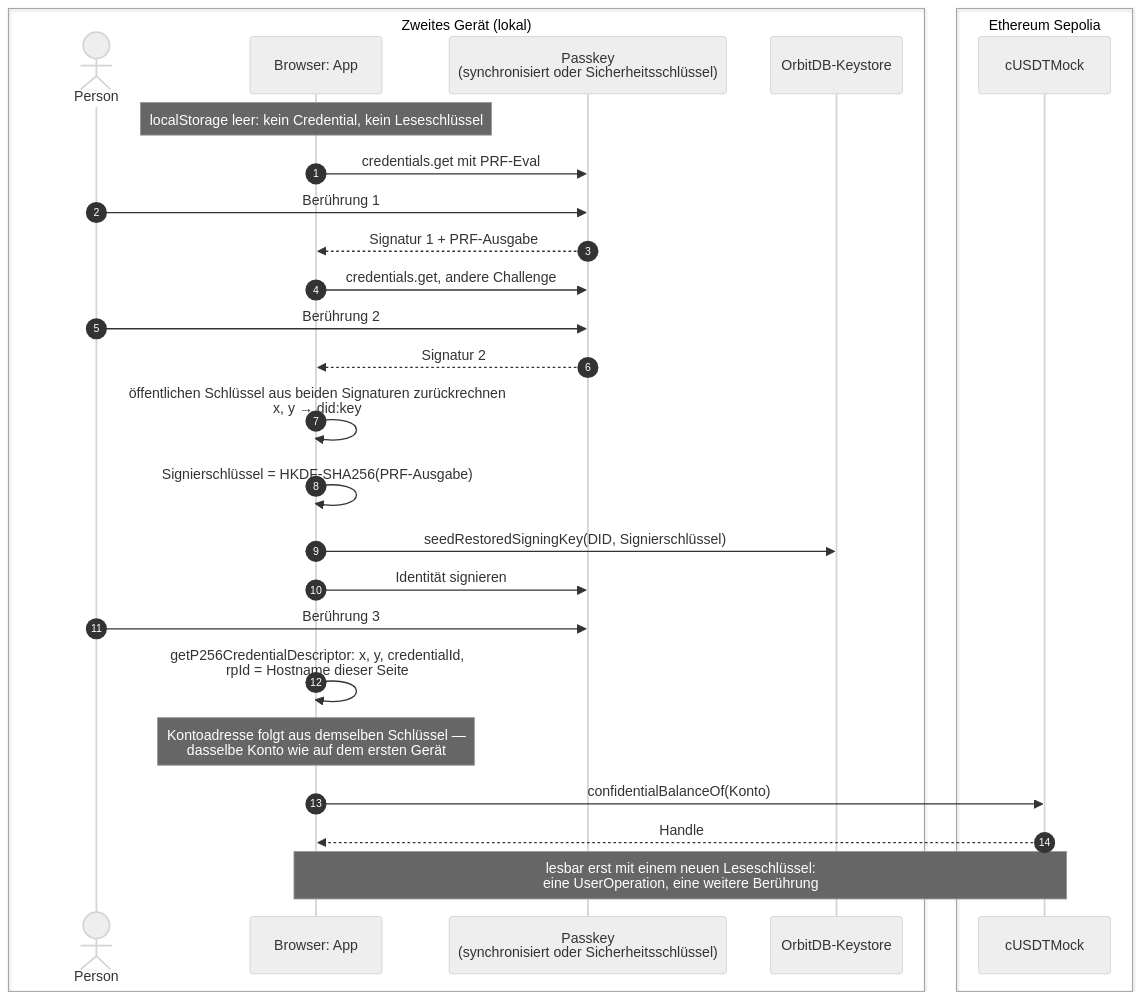
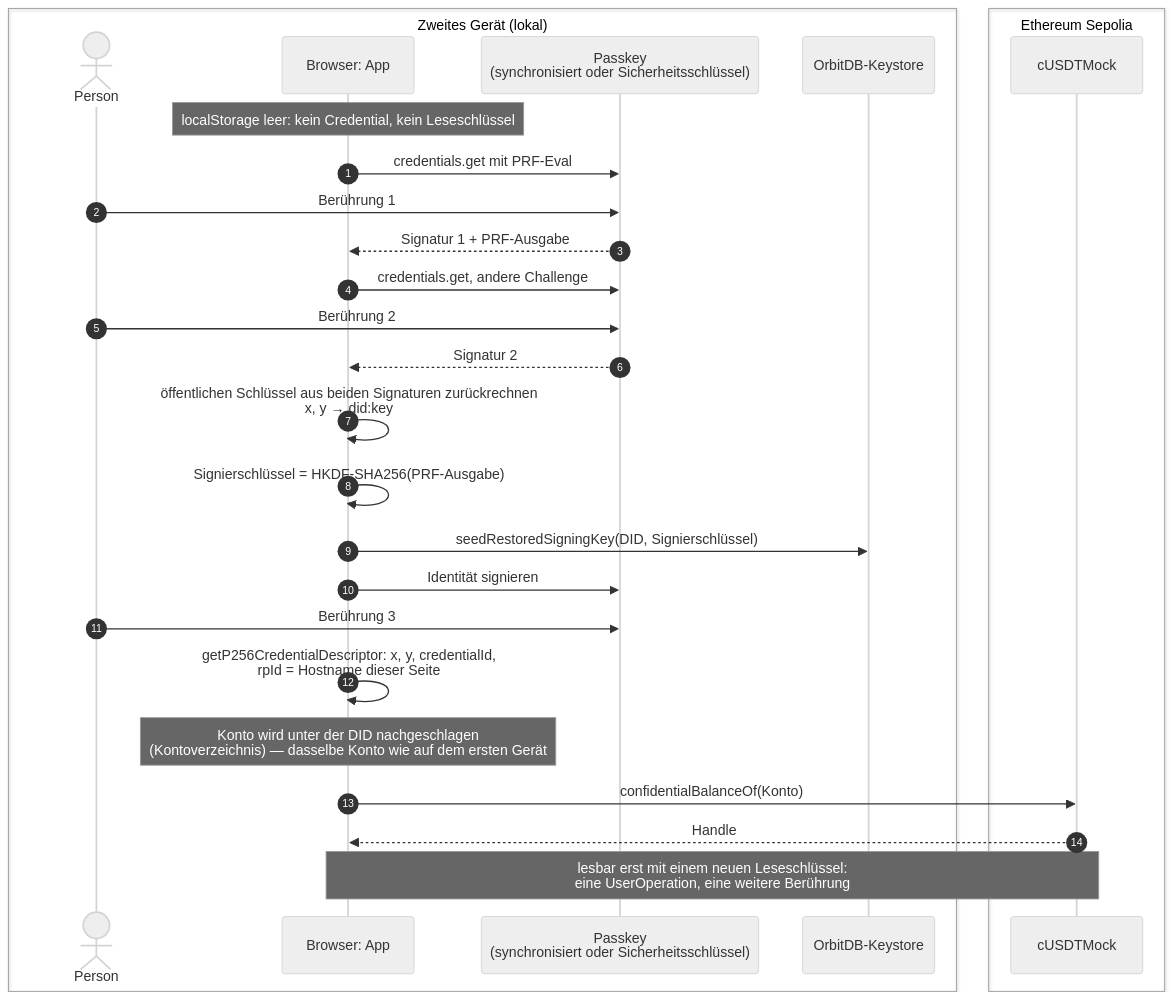
One commit to Le-Space/simple-todo changed the third of 7 diagrams in apps/escrow01/docs/passkey-account.de.md. Above: the diagram before and after it, drawn with Mermaid (neutral theme). The commit also changed other lines of this file and 27 other files, not shown here.

````diff
--- a/apps/escrow01/docs/passkey-account.de.md
+++ b/apps/escrow01/docs/passkey-account.de.md
@@ -367,31 +374,31 @@
 ```mermaid
 sequenceDiagram
   autonumber
   box transparent Zweites Gerät (lokal)
     actor P as Person
     participant App as Browser: App
     participant PK as Passkey<br/>(synchronisiert oder Sicherheitsschlüssel)
     participant KS as OrbitDB-Keystore
   end
   box transparent Ethereum Sepolia
     participant TOK as cUSDTMock
   end
 
   Note over App: localStorage leer: kein Credential, kein Leseschlüssel
   App->>PK: credentials.get mit PRF-Eval
   P->>PK: Berührung 1
   PK-->>App: Signatur 1 + PRF-Ausgabe
   App->>PK: credentials.get, andere Challenge
   P->>PK: Berührung 2
   PK-->>App: Signatur 2
   App->>App: öffentlichen Schlüssel aus beiden Signaturen zurückrechnen<br/>x, y → did:key
   App->>App: Signierschlüssel = HKDF-SHA256(PRF-Ausgabe)
   App->>KS: seedRestoredSigningKey(DID, Signierschlüssel)
   App->>PK: Identität signieren
   P->>PK: Berührung 3
   App->>App: getP256CredentialDescriptor: x, y, credentialId,<br/>rpId = Hostname dieser Seite
-  Note over App: Kontoadresse folgt aus demselben Schlüssel —<br/>dasselbe Konto wie auf dem ersten Gerät
+  Note over App: Konto wird unter der DID nachgeschlagen<br/>(Kontoverzeichnis) — dasselbe Konto wie auf dem ersten Gerät
   App->>TOK: confidentialBalanceOf(Konto)
   TOK-->>App: Handle
   Note over App,TOK: lesbar erst mit einem neuen Leseschlüssel:<br/>eine UserOperation, eine weitere Berührung
 ```
````
